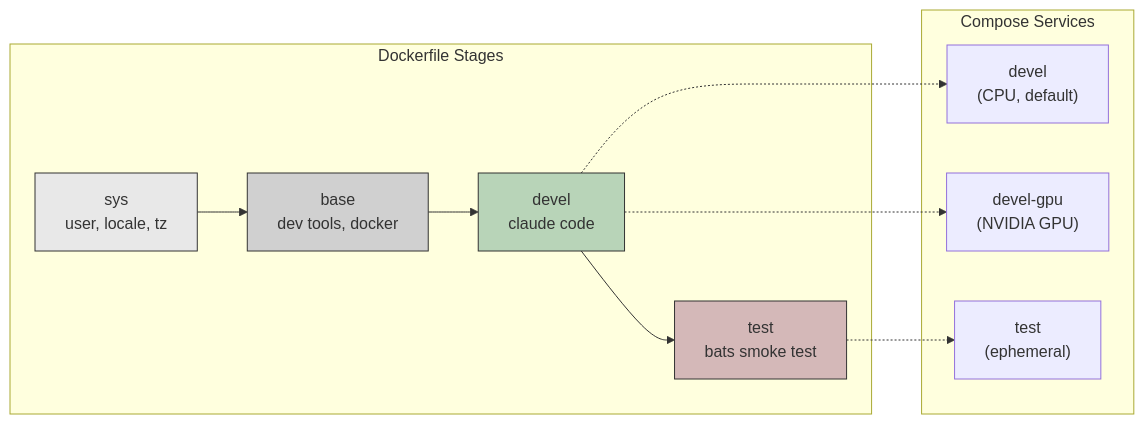
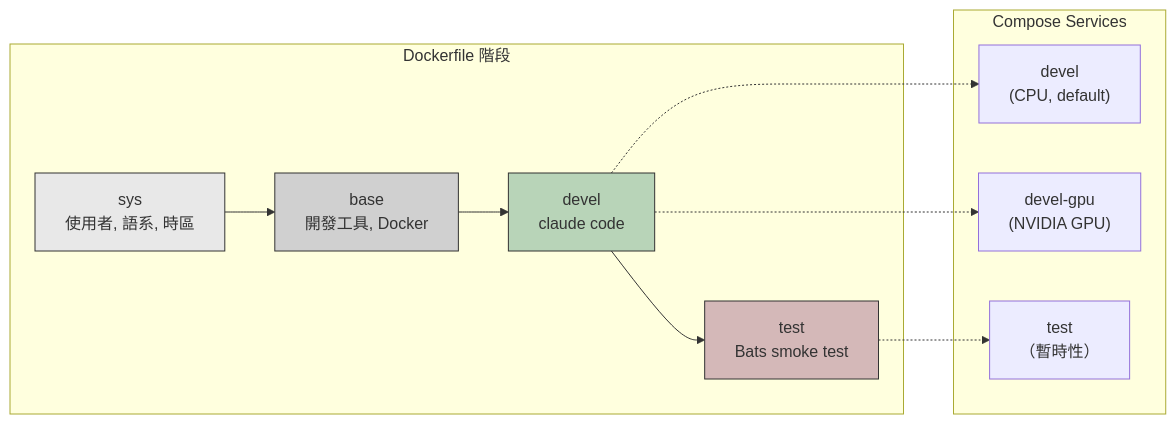
Before and after one commit to ycpss91255-docker/claude_code: the second of 3 diagrams in doc/README.zh-TW.md, drawn with Mermaid. The commit also changed other lines of this file and 2 other files, not shown here.

First line of the commit message:
docs: keep 'smoke test' as proper noun in i18n

````diff
--- a/doc/README.zh-TW.md
+++ b/doc/README.zh-TW.md
@@ -69,26 +69,26 @@
 ```mermaid
 graph LR
-    subgraph "Dockerfile Stages"
-        sys["sys<br/>user, locale, tz"]
-        base["base<br/>dev tools, docker"]
+    subgraph "Dockerfile 階段"
+        sys["sys<br/>使用者, 語系, 時區"]
+        base["base<br/>開發工具, Docker"]
         devel["devel<br/>claude code"]
-        test["test<br/>bats smoke test"]
+        test["test<br/>Bats smoke test"]
     end
 
     sys --> base --> devel --> test
 
     subgraph "Compose Services"
         S_CPU["devel<br/>(CPU, default)"]
         S_GPU["devel-gpu<br/>(NVIDIA GPU)"]
-        S_Test["test<br/>(ephemeral)"]
+        S_Test["test<br/>（暫時性）"]
     end
 
     devel -.-> S_CPU
     devel -.-> S_GPU
     test -.-> S_Test
 
     style sys fill:#e8e8e8,stroke:#333
     style base fill:#d0d0d0,stroke:#333
     style devel fill:#b8d4b8,stroke:#333
     style test fill:#d4b8b8,stroke:#333
 ```
````
